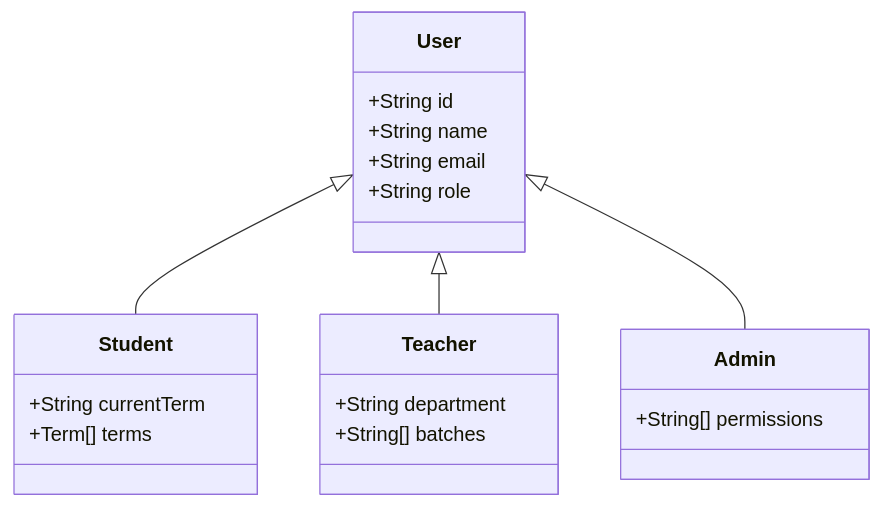
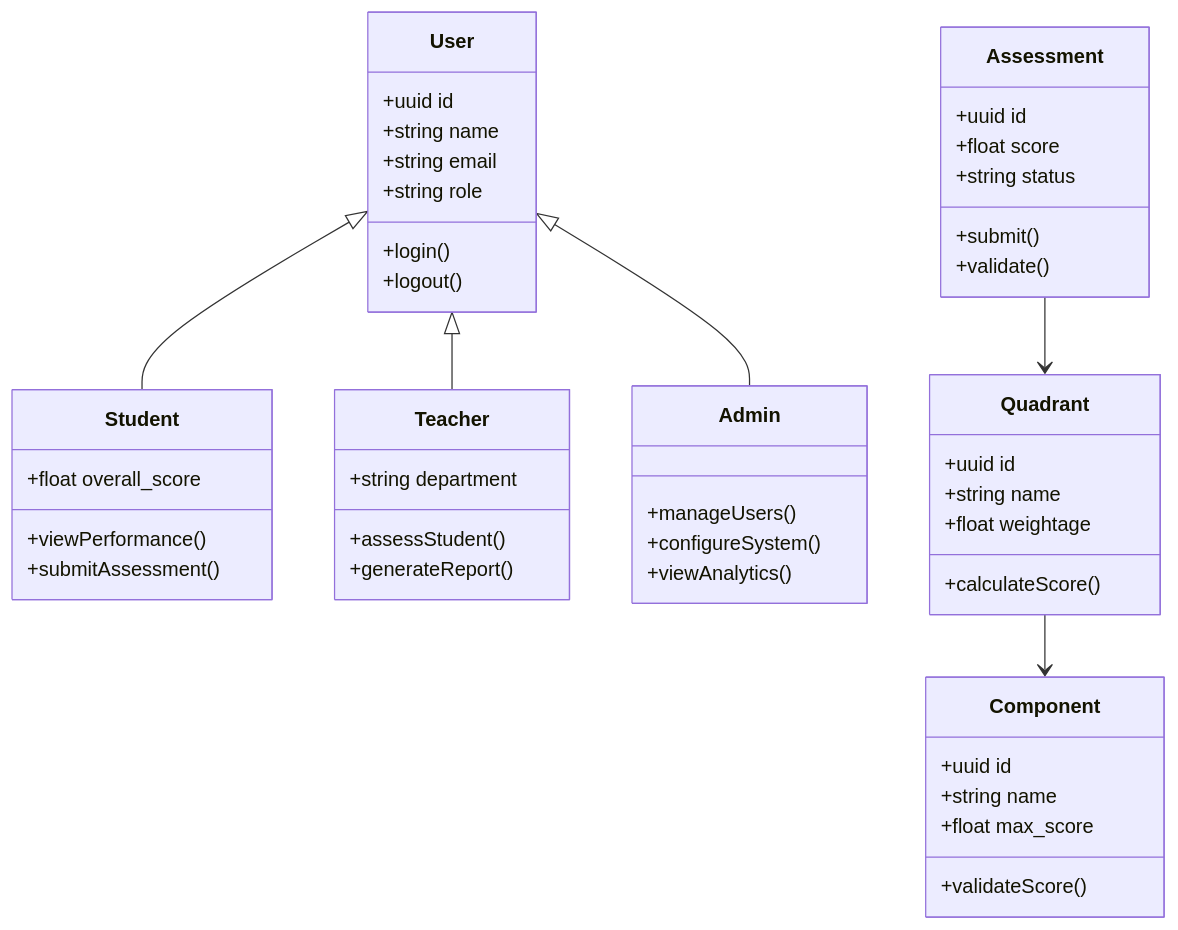
Before and after one commit to srisrihari/pep-score-nexus: diagram 11 of 11 in SRS.md, drawn with Mermaid. The commit also changed other lines of this file, not shown here.

````diff
--- a/SRS.md
+++ b/SRS.md
@@ -1499,23 +2123,58 @@
 ```mermaid
 classDiagram
     class User {
-        +String id
-        +String name
-        +String email
-        +String role
+        +uuid id
+        +string name
+        +string email
+        +string role
+        +login()
+        +logout()
     }
+
     class Student {
-        +String currentTerm
-        +Term[] terms
+        +float overall_score
+        +viewPerformance()
+        +submitAssessment()
     }
+
     class Teacher {
-        +String department
-        +String[] batches
+        +string department
+        +assessStudent()
+        +generateReport()
     }
+
     class Admin {
-        +String[] permissions
+        +manageUsers()
+        +configureSystem()
+        +viewAnalytics()
     }
+
     User <|-- Student
     User <|-- Teacher
     User <|-- Admin
+
+    class Assessment {
+        +uuid id
+        +float score
+        +string status
+        +submit()
+        +validate()
+    }
+
+    class Quadrant {
+        +uuid id
+        +string name
+        +float weightage
+        +calculateScore()
+    }
+
+    class Component {
+        +uuid id
+        +string name
+        +float max_score
+        +validateScore()
+    }
+
+    Assessment --> Quadrant
+    Quadrant --> Component
 ```
````
